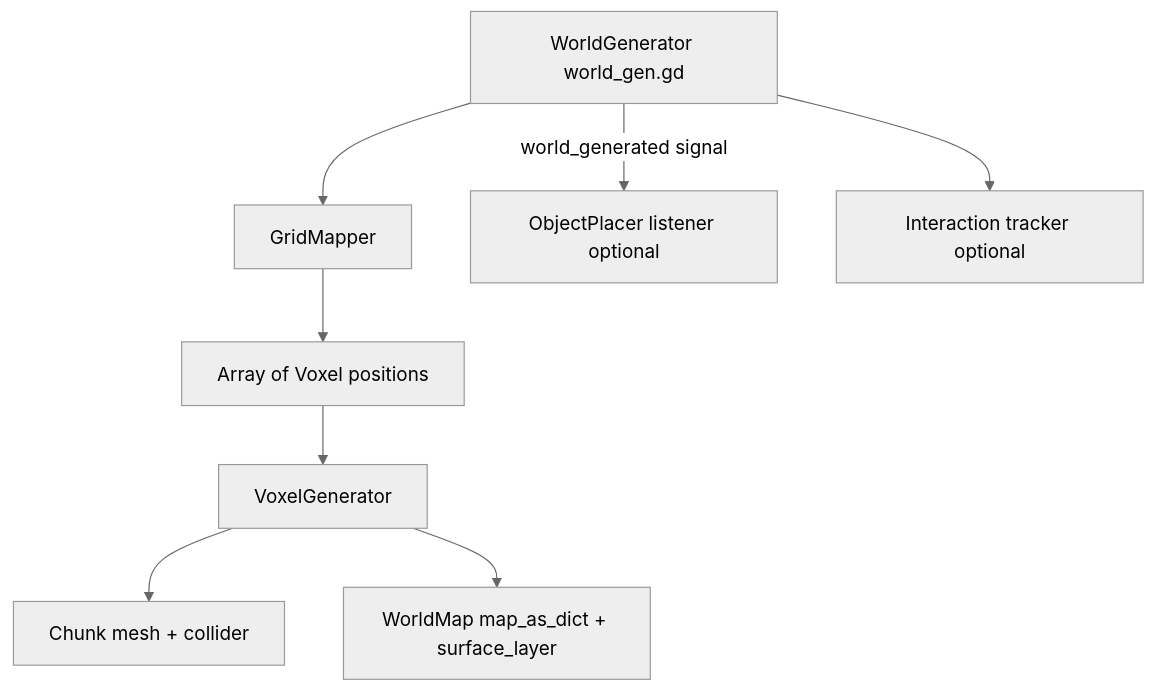
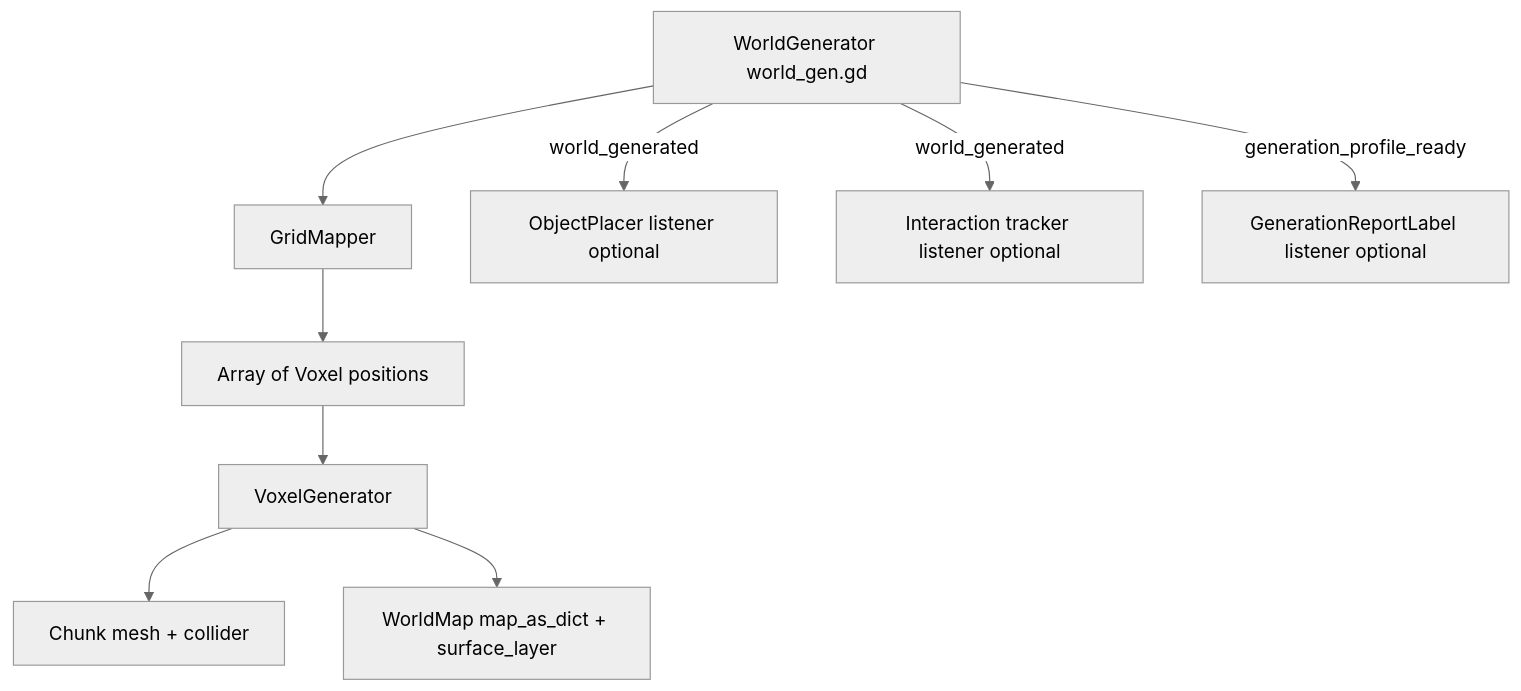
Before and after one commit to SonnenBruder/VoxelsBetaSonnenBruder: the diagram in docs/REUSE_GUIDE.md, drawn with Mermaid (neutral theme). The commit also changed other lines of this file and 8 other files, not shown here.

Commit message:
Add GenerationReportLabel and update world generation signals; enhance interaction and object placement functionality

````diff
--- a/docs/REUSE_GUIDE.md
+++ b/docs/REUSE_GUIDE.md
@@ -15,10 +15,11 @@
 ```mermaid
 flowchart TD
     A[WorldGenerator world_gen.gd] --> B[GridMapper]
     B --> C[Array of Voxel positions]
     C --> D[VoxelGenerator]
     D --> E[Chunk mesh + collider]
     D --> F[WorldMap map_as_dict + surface_layer]
-   A -->|world_generated signal| G[ObjectPlacer listener optional]
-    A --> H[Interaction tracker optional]
+                                                                                                   A -->|world_generated| G[ObjectPlacer listener optional]
+   A -->|world_generated| H[Interaction tracker listener optional]
+   A -->|generation_profile_ready| I[GenerationReportLabel listener optional]
 ```
````
